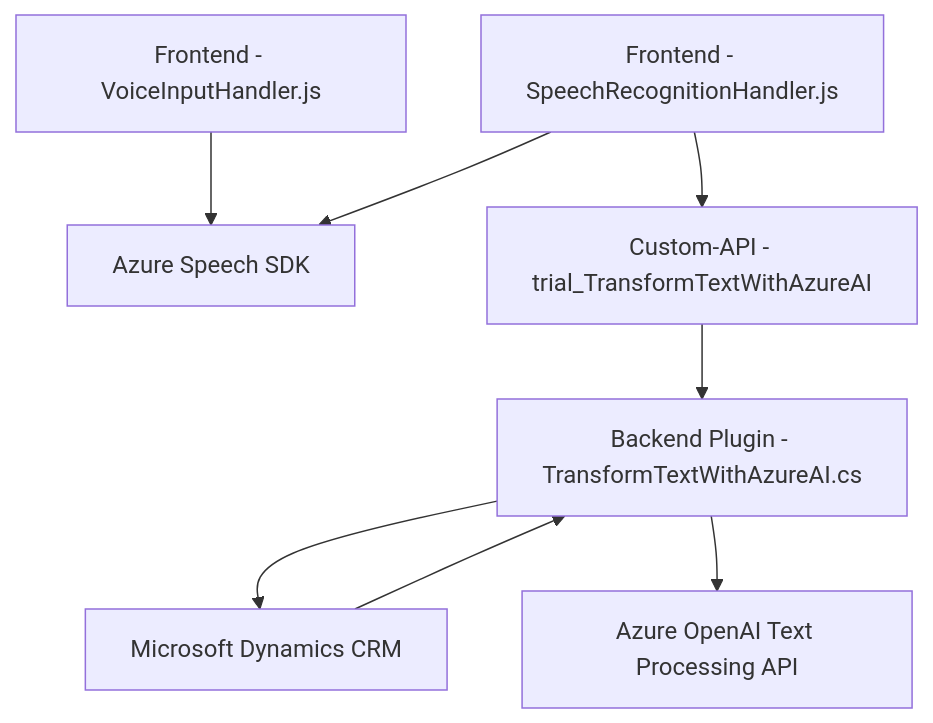
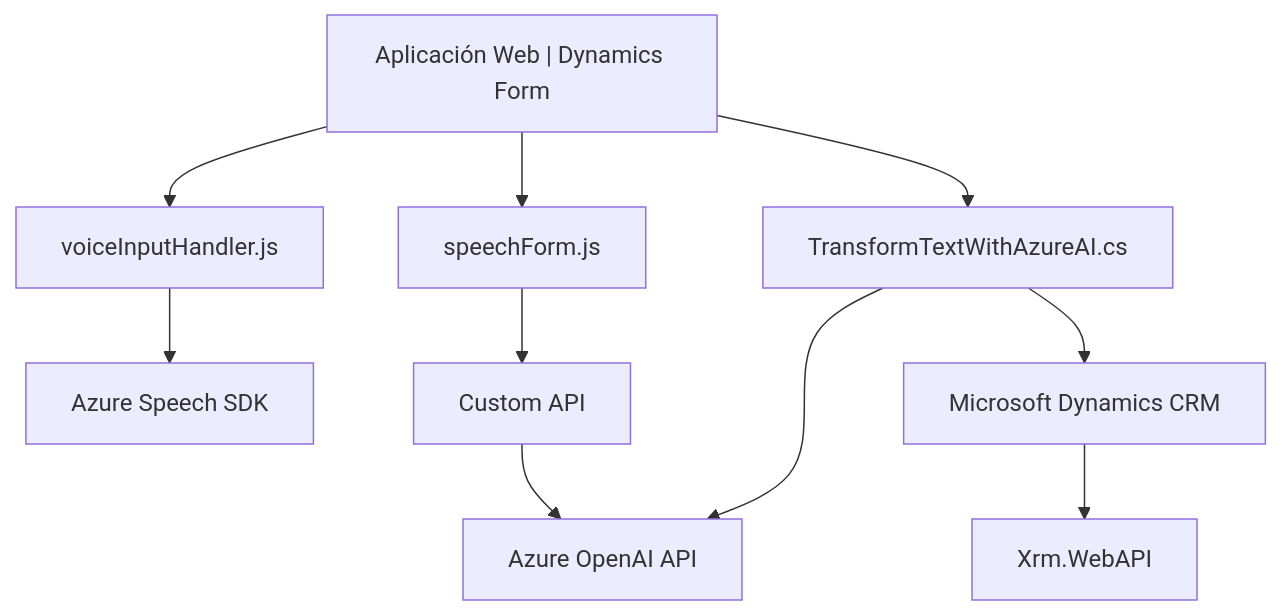
Before and after one commit to blopezdm/NETCORE_BILBAO2025: the diagram in README.md, drawn with Mermaid. The commit also changed other lines of this file, not shown here.

````diff
--- a/README.md
+++ b/README.md
@@ -50,20 +42,12 @@
 ```mermaid
 graph TD
-    A1["Frontend - VoiceInputHandler.js"]
-    A2["Frontend - SpeechRecognitionHandler.js"]
-    A3["Azure Speech SDK"]
-
-    B1["Backend Plugin - TransformTextWithAzureAI.cs"]
-    B2["Microsoft Dynamics CRM"]
-    B3["Azure OpenAI Text Processing API"]
-    B4["Custom-API - trial_TransformTextWithAzureAI"]
-
-    A1-->A3
-    A2-->A3
-    A2-->B4
-
-    B2-->B1
-    B4-->B1
-    B1-->B2
-    B1-->B3
+    A["Aplicación Web | Dynamics Form"] --> B["voiceInputHandler.js"]
+    A --> C["speechForm.js"]
+    B--> D["Azure Speech SDK"]
+    C --> E["Custom API"]
+    E --> F["Azure OpenAI API"]
+    A --> G["TransformTextWithAzureAI.cs"]
+    G --> F
+    G --> H["Microsoft Dynamics CRM"]
+    H --> I["Xrm.WebAPI"]
 ```
````
